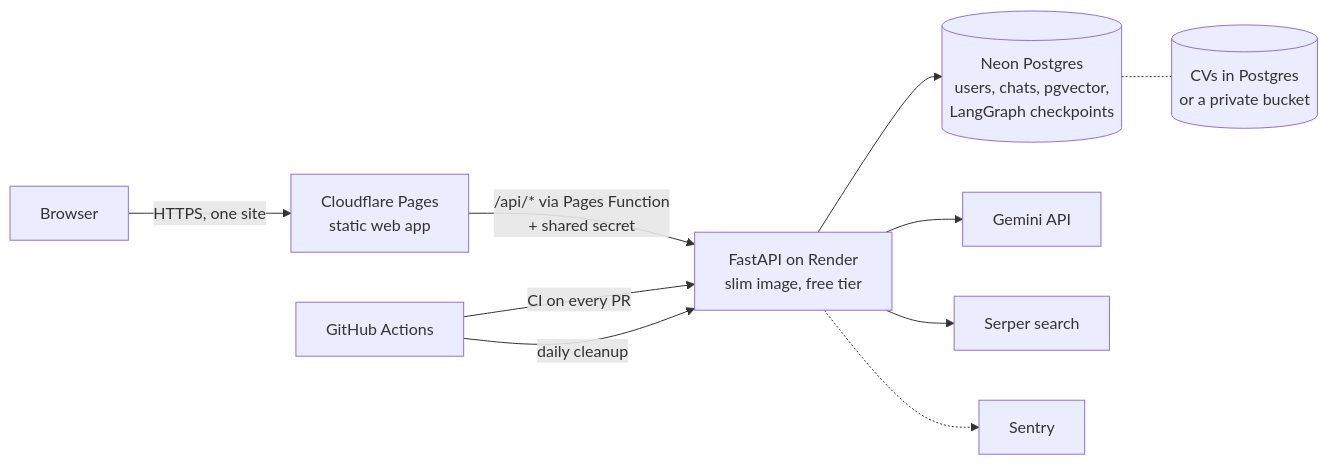
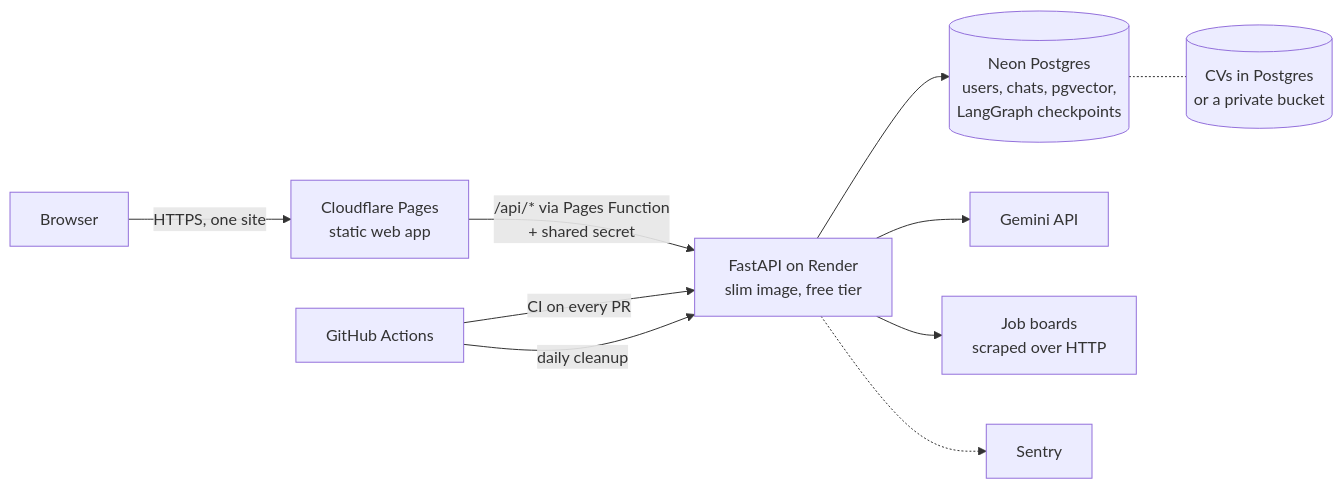
Before and after one commit to Sauciiees/AgenticAI-JobFinder: the second of 2 diagrams in README.md, drawn with Mermaid. The commit also changed other lines of this file and 19 other files, not shown here.

First line of the commit message:
Replace Indeed with JobTopGun: four boards scraped directly, no search API

````diff
--- a/README.md
+++ b/README.md
@@ -44,12 +44,12 @@
 ```mermaid
 flowchart LR
     Browser -->|HTTPS, one site| Pages[Cloudflare Pages<br/>static web app]
     Pages -->|/api/* via Pages Function<br/>+ shared secret| API[FastAPI on Render<br/>slim image, free tier]
     API --> PG[(Neon Postgres<br/>users, chats, pgvector,<br/>LangGraph checkpoints)]
     PG -.- CV[(CVs in Postgres<br/>or a private bucket)]
     API --> Gemini[Gemini API]
-    API --> Serper[Serper search]
+    API --> Boards[Job boards<br/>scraped over HTTP]
     GH[GitHub Actions] -->|CI on every PR| API
     GH -->|daily cleanup| API
     API -.-> Sentry
 ```
````
